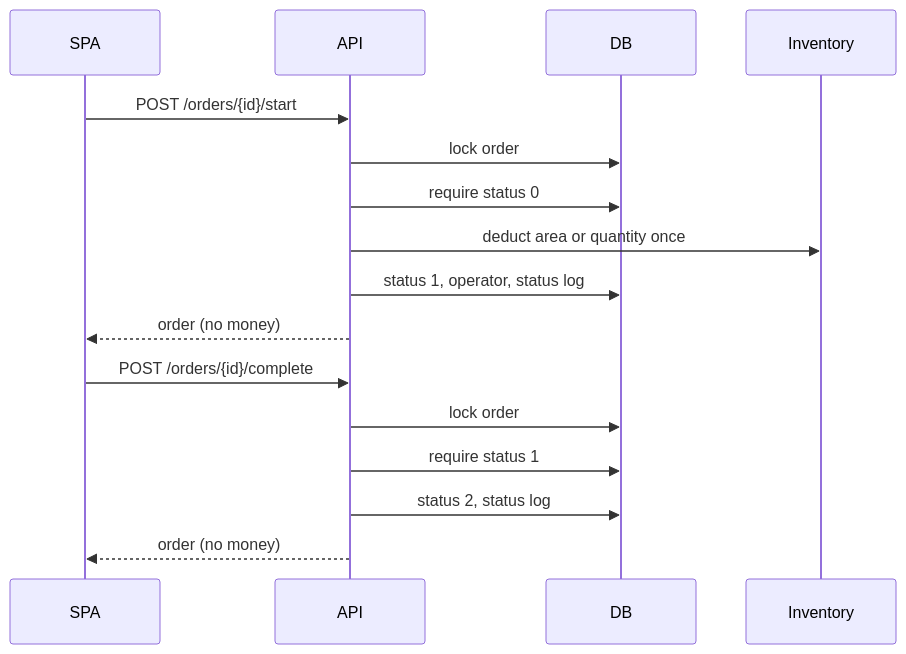
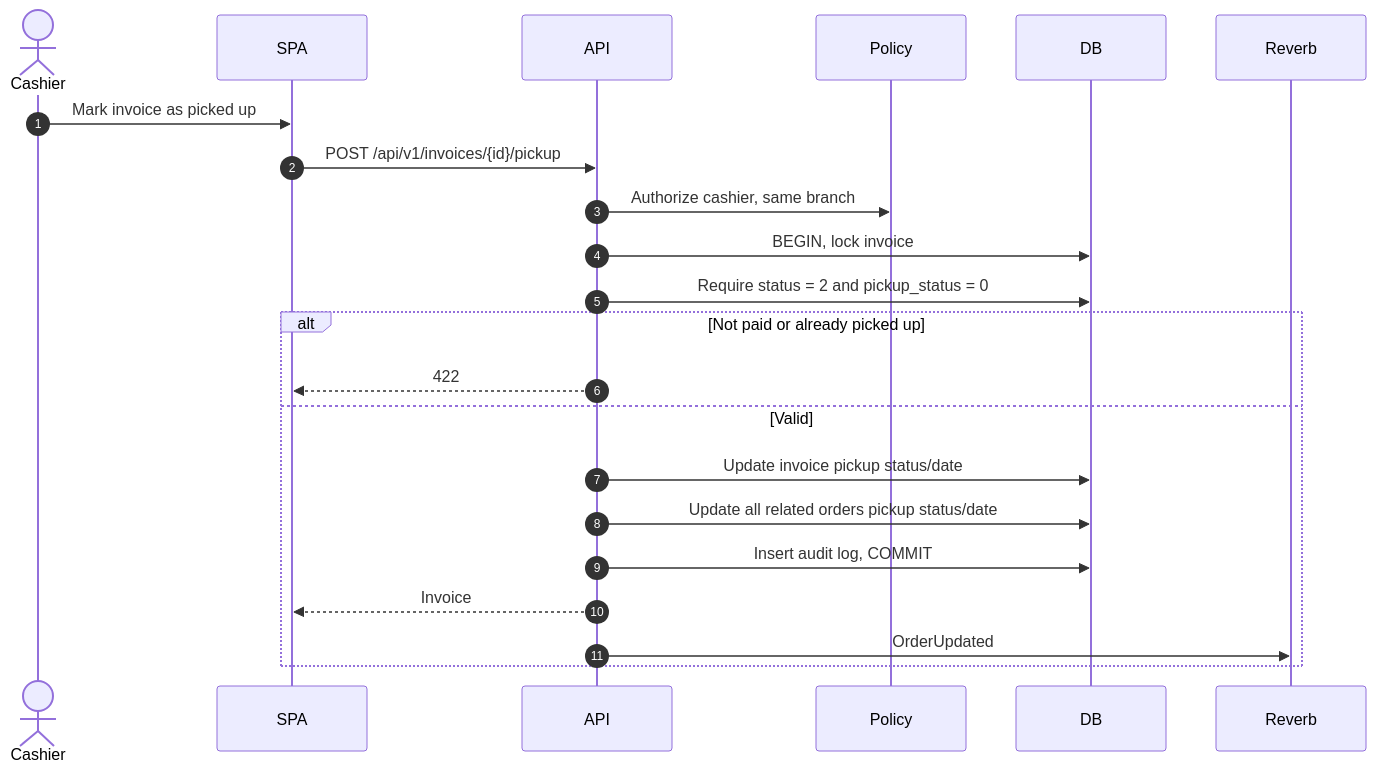
One commit to Arukast/pos_alja changed the tenth of 21 diagrams in docs/architecture/sequence-diagrams.md. Above: the diagram before and after it, drawn with Mermaid. The commit also changed other lines of this file, not shown here.

Commit message:
docs: expand sequence diagrams for target flows (#43)

````diff
--- a/docs/architecture/sequence-diagrams.md
+++ b/docs/architecture/sequence-diagrams.md
@@ -68,19 +256,25 @@
 ```mermaid
 sequenceDiagram
+    autonumber
+    actor C as Cashier
     participant SPA
     participant API
+    participant Policy
     participant DB
-    participant Inventory
+    participant R as Reverb
 
-    SPA->>API: POST /orders/{id}/start
-    API->>DB: lock order
-    API->>DB: require status 0
-    API->>Inventory: deduct area or quantity once
-    API->>DB: status 1, operator, status log
-    API-->>SPA: order (no money)
-    SPA->>API: POST /orders/{id}/complete
-    API->>DB: lock order
-    API->>DB: require status 1
-    API->>DB: status 2, status log
-    API-->>SPA: order (no money)
+    C->>SPA: Mark invoice as picked up
+    SPA->>API: POST /api/v1/invoices/{id}/pickup
+    API->>Policy: Authorize cashier, same branch
+    API->>DB: BEGIN, lock invoice
+    API->>DB: Require status = 2 and pickup_status = 0
+    alt Not paid or already picked up
+        API-->>SPA: 422
+    else Valid
+        API->>DB: Update invoice pickup status/date
+        API->>DB: Update all related orders pickup status/date
+        API->>DB: Insert audit log, COMMIT
+        API-->>SPA: Invoice
+        API->>R: OrderUpdated
+    end
 ```
````
